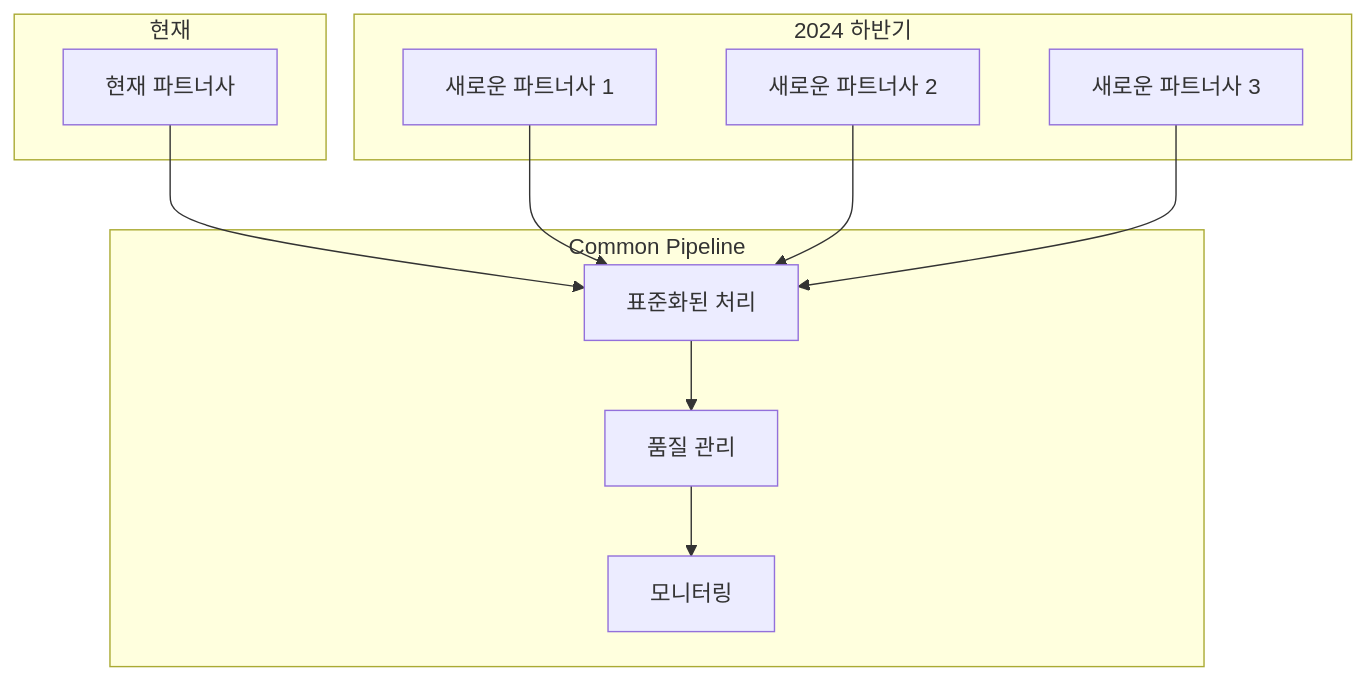
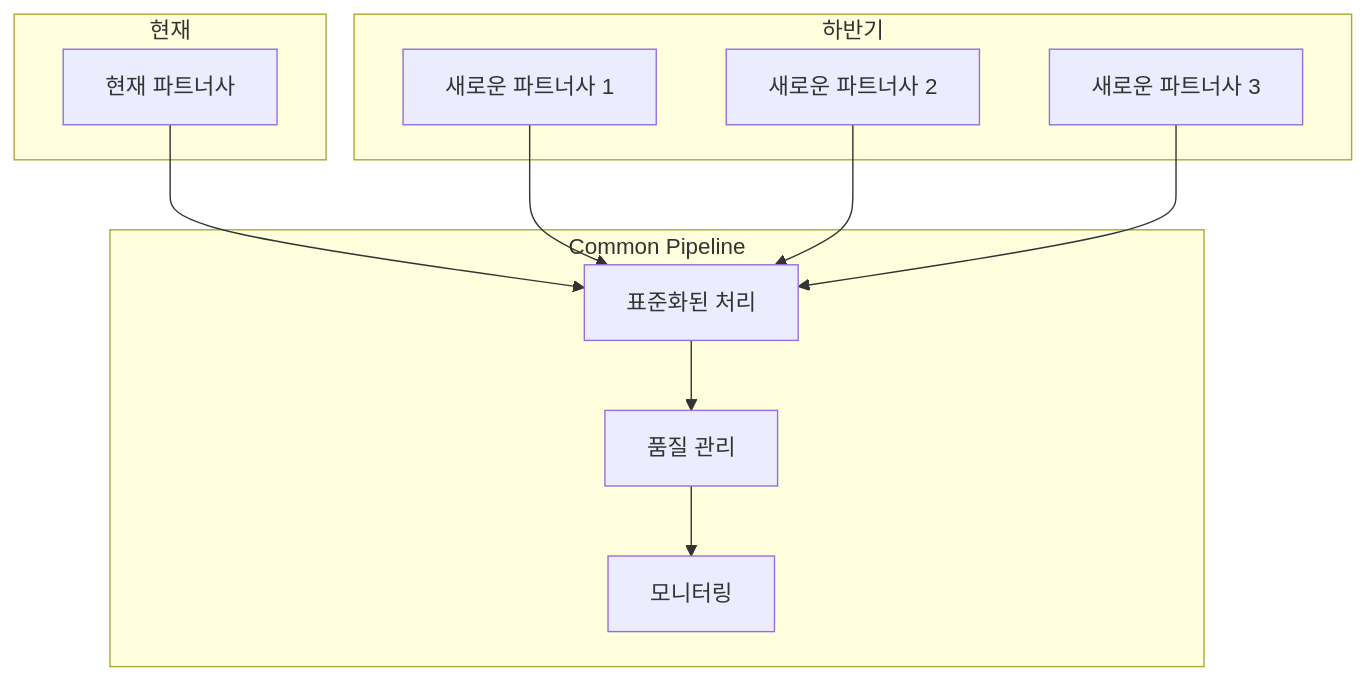
One commit to yeokyeong-yoon/yeokyeong-yoon.github.io changed the third of 5 diagrams in _posts/2025-03-18-etl-pipeline.md. Above: the diagram before and after it, drawn with Mermaid. The commit also changed other lines of this file, not shown here.

Commit message:
fix typo - pipeline

````diff
--- a/_posts/2025-03-18-etl-pipeline.md
+++ b/_posts/2025-03-18-etl-pipeline.md
@@ -135,26 +135,26 @@
 ```mermaid
 graph TD
     subgraph "현재"
         Current[현재 파트너사]
     end
     
-    subgraph "2024 하반기"
+    subgraph "하반기"
         New1[새로운 파트너사 1]
         New2[새로운 파트너사 2]
         New3[새로운 파트너사 3]
     end
     
     subgraph "Common Pipeline"
         Standard[표준화된 처리]
         Quality[품질 관리]
         Monitor[모니터링]
     end
     
     Current --> Standard
     New1 --> Standard
     New2 --> Standard
     New3 --> Standard
     
     Standard --> Quality
     Quality --> Monitor
 ```
````
